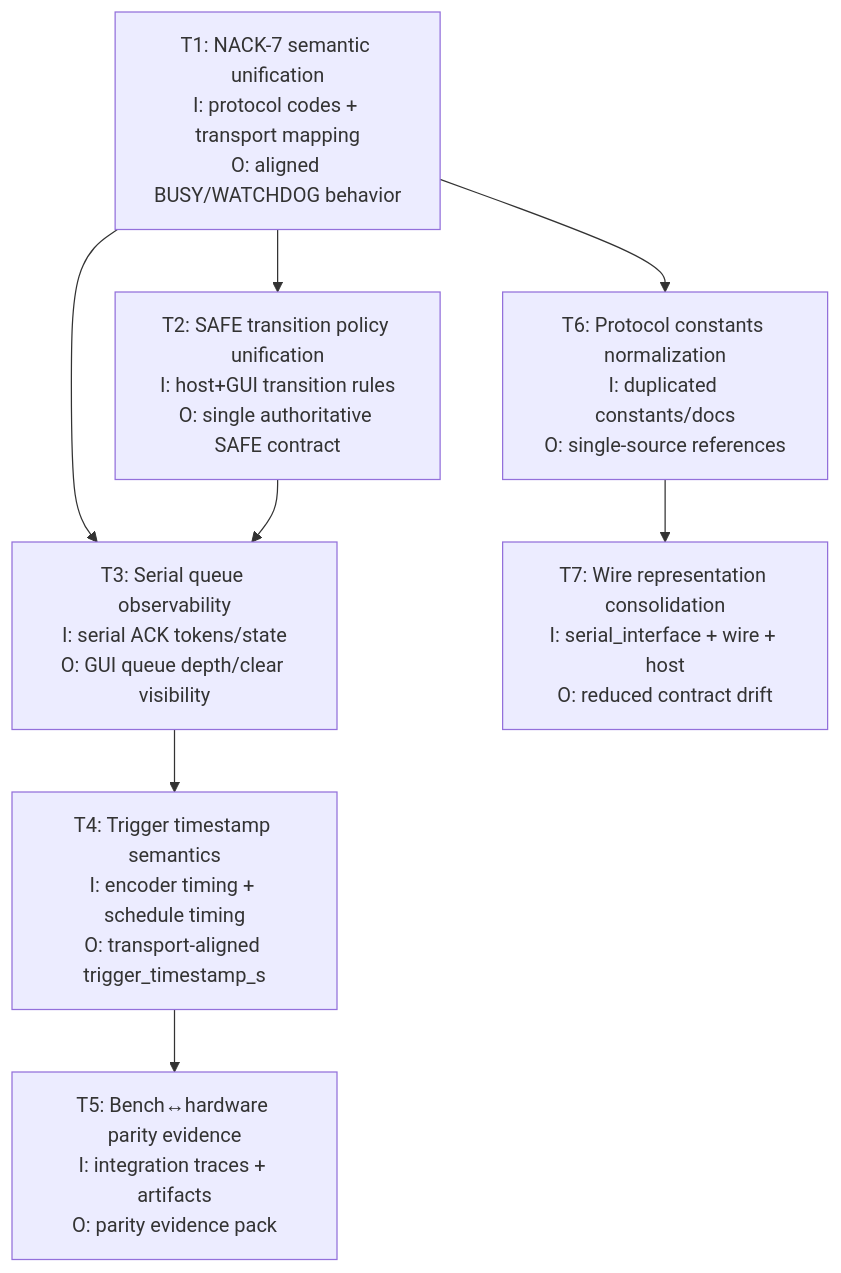
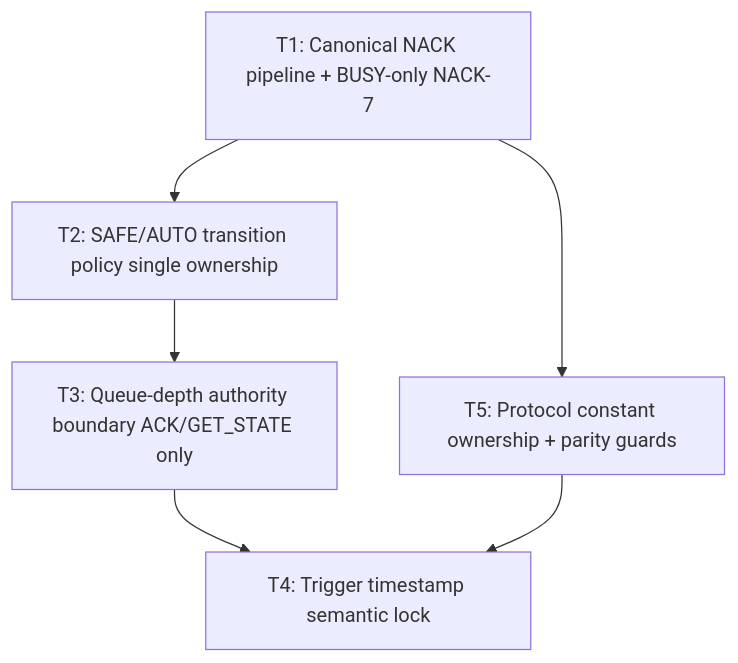
The diagram in docs/engineering_audit_sprint_board.md (wpotato2210/CVsorter), drawn with Mermaid before and after one commit. The commit also changed other lines of this file, not shown here.

````diff
--- a/docs/engineering_audit_sprint_board.md
+++ b/docs/engineering_audit_sprint_board.md
@@ -8,10 +29,8 @@
 ```mermaid
 flowchart TD
-    A[T1: NACK-7 semantic unification\nI: protocol codes + transport mapping\nO: aligned BUSY/WATCHDOG behavior] --> B[T2: SAFE transition policy unification\nI: host+GUI transition rules\nO: single authoritative SAFE contract]
-    A --> C[T3: Serial queue observability\nI: serial ACK tokens/state\nO: GUI queue depth/clear visibility]
-    B --> C
-    C --> D[T4: Trigger timestamp semantics\nI: encoder timing + schedule timing\nO: transport-aligned trigger_timestamp_s]
-    D --> E[T5: Bench↔hardware parity evidence\nI: integration traces + artifacts\nO: parity evidence pack]
-    A --> F[T6: Protocol constants normalization\nI: duplicated constants/docs\nO: single-source references]
-    F --> G[T7: Wire representation consolidation\nI: serial_interface + wire + host\nO: reduced contract drift]
+    A[T1: Canonical NACK pipeline + BUSY-only NACK-7] --> B[T2: SAFE/AUTO transition policy single ownership]
+    B --> C[T3: Queue-depth authority boundary ACK/GET_STATE only]
+    A --> D[T5: Protocol constant ownership + parity guards]
+    C --> E[T4: Trigger timestamp semantic lock]
+    D --> E
 ```
````
